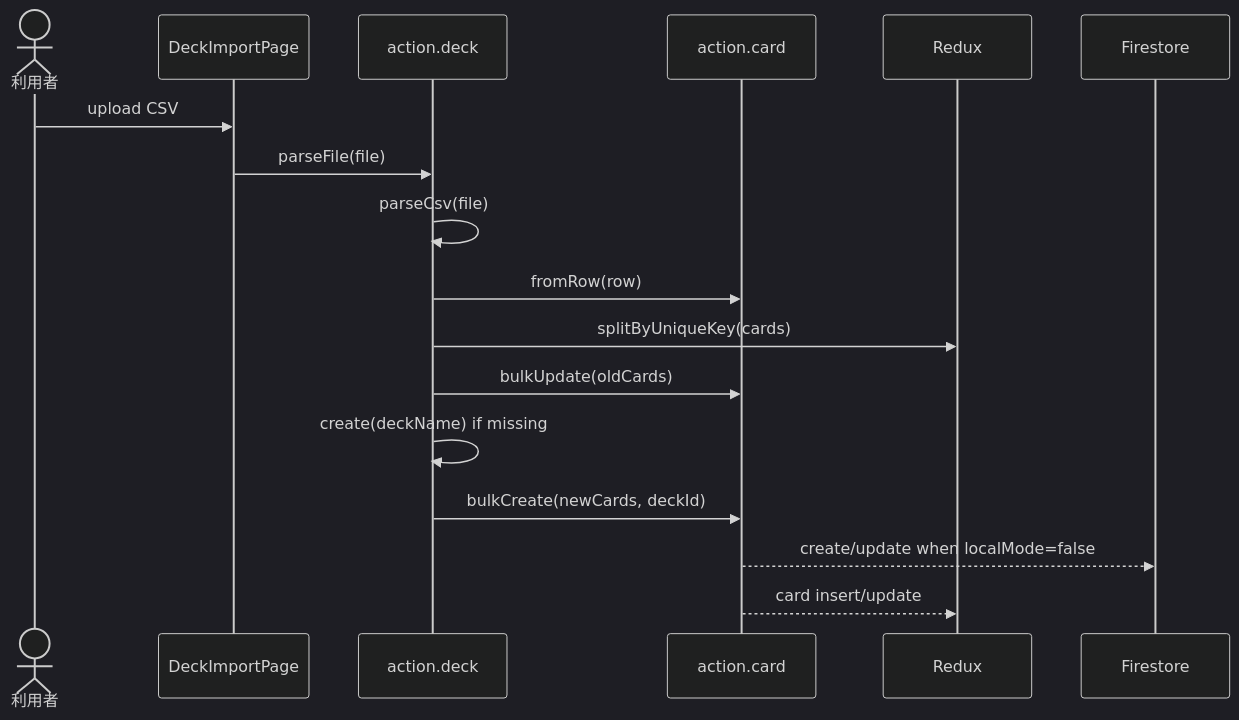
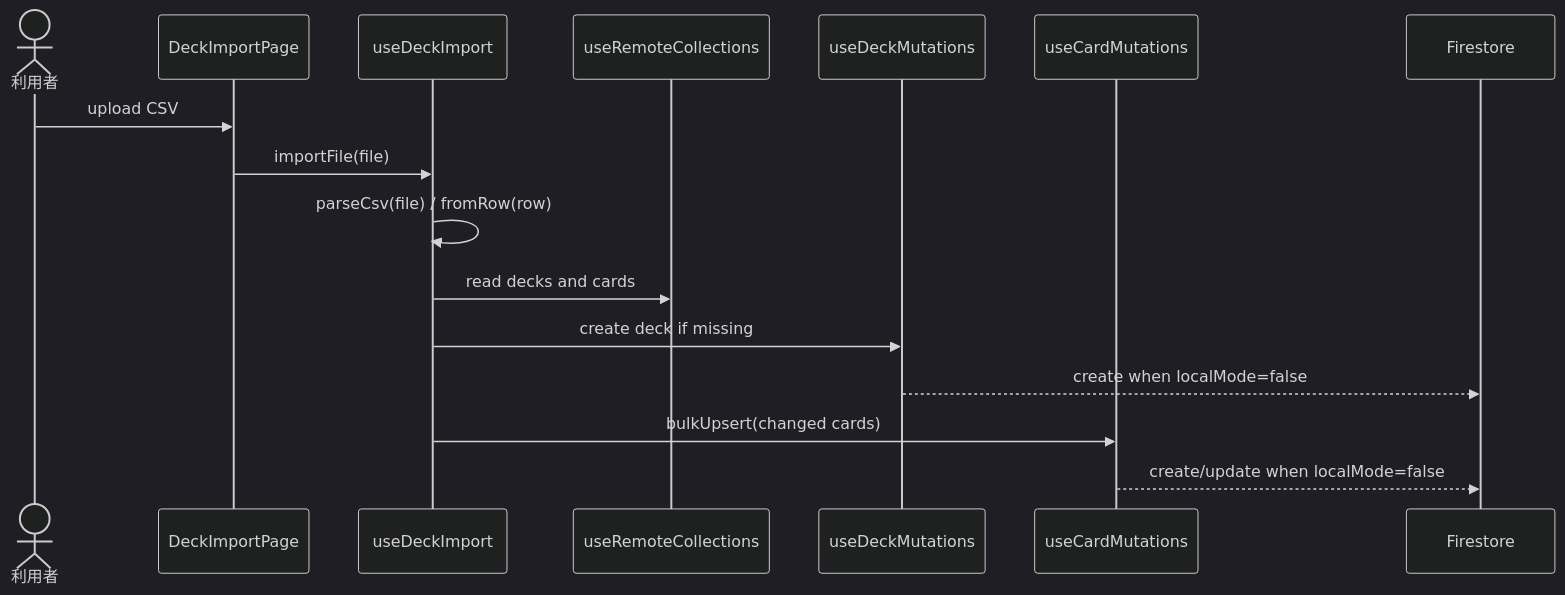
One commit to her0e1c1/tango changed the second of 4 diagrams in docs/summary/use-cases.md. Above: the diagram before and after it, drawn with Mermaid (dark theme). The commit also changed other lines of this file and 26 other files, not shown here.

````diff
--- a/docs/summary/use-cases.md
+++ b/docs/summary/use-cases.md
@@ -42,20 +42,19 @@
 ```mermaid
 sequenceDiagram
     actor User as 利用者
     participant Page as DeckImportPage
-    participant Deck as action.deck
-    participant Card as action.card
-    participant Store as Redux
+    participant Import as useDeckImport
+    participant Collections as useRemoteCollections
+    participant DeckMutation as useDeckMutations
+    participant CardMutation as useCardMutations
     participant FS as Firestore
 
     User->>Page: upload CSV
-    Page->>Deck: parseFile(file)
-    Deck->>Deck: parseCsv(file)
-    Deck->>Card: fromRow(row)
-    Deck->>Store: splitByUniqueKey(cards)
-    Deck->>Card: bulkUpdate(oldCards)
-    Deck->>Deck: create(deckName) if missing
-    Deck->>Card: bulkCreate(newCards, deckId)
-    Card-->>FS: create/update when localMode=false
-    Card-->>Store: card insert/update
+    Page->>Import: importFile(file)
+    Import->>Import: parseCsv(file) / fromRow(row)
+    Import->>Collections: read decks and cards
+    Import->>DeckMutation: create deck if missing
+    DeckMutation-->>FS: create when localMode=false
+    Import->>CardMutation: bulkUpsert(changed cards)
+    CardMutation-->>FS: create/update when localMode=false
 ```
````
